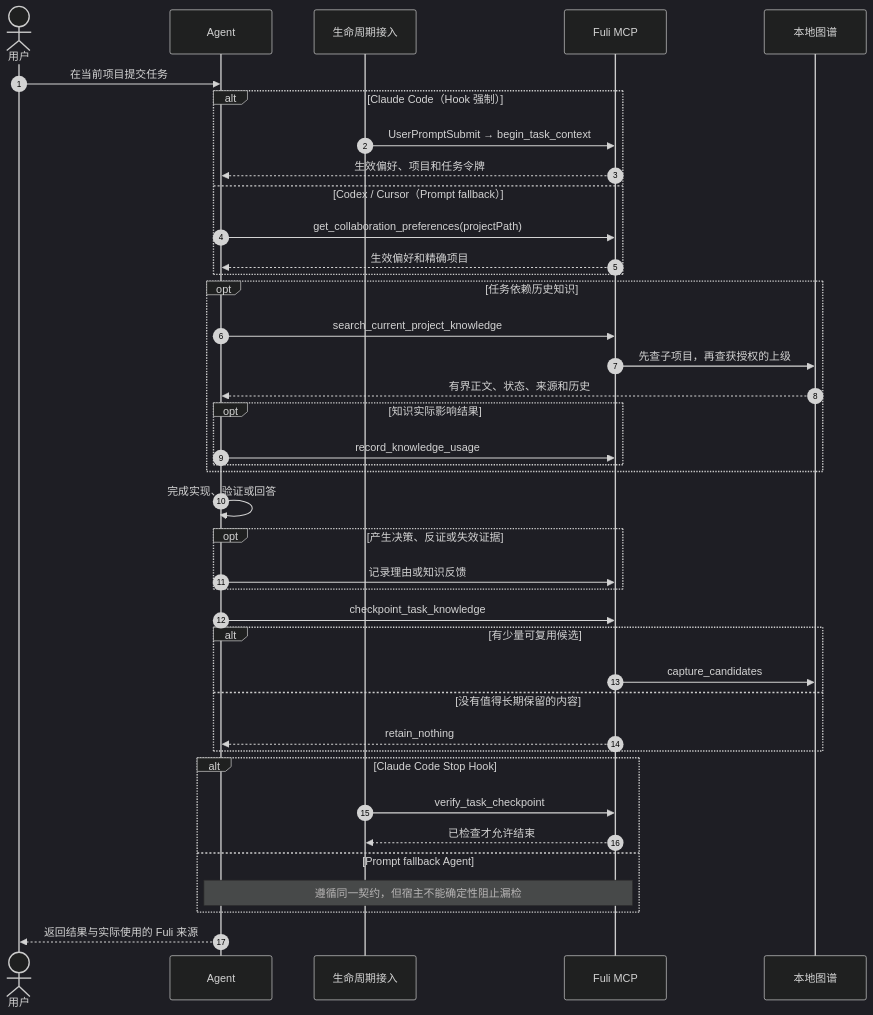
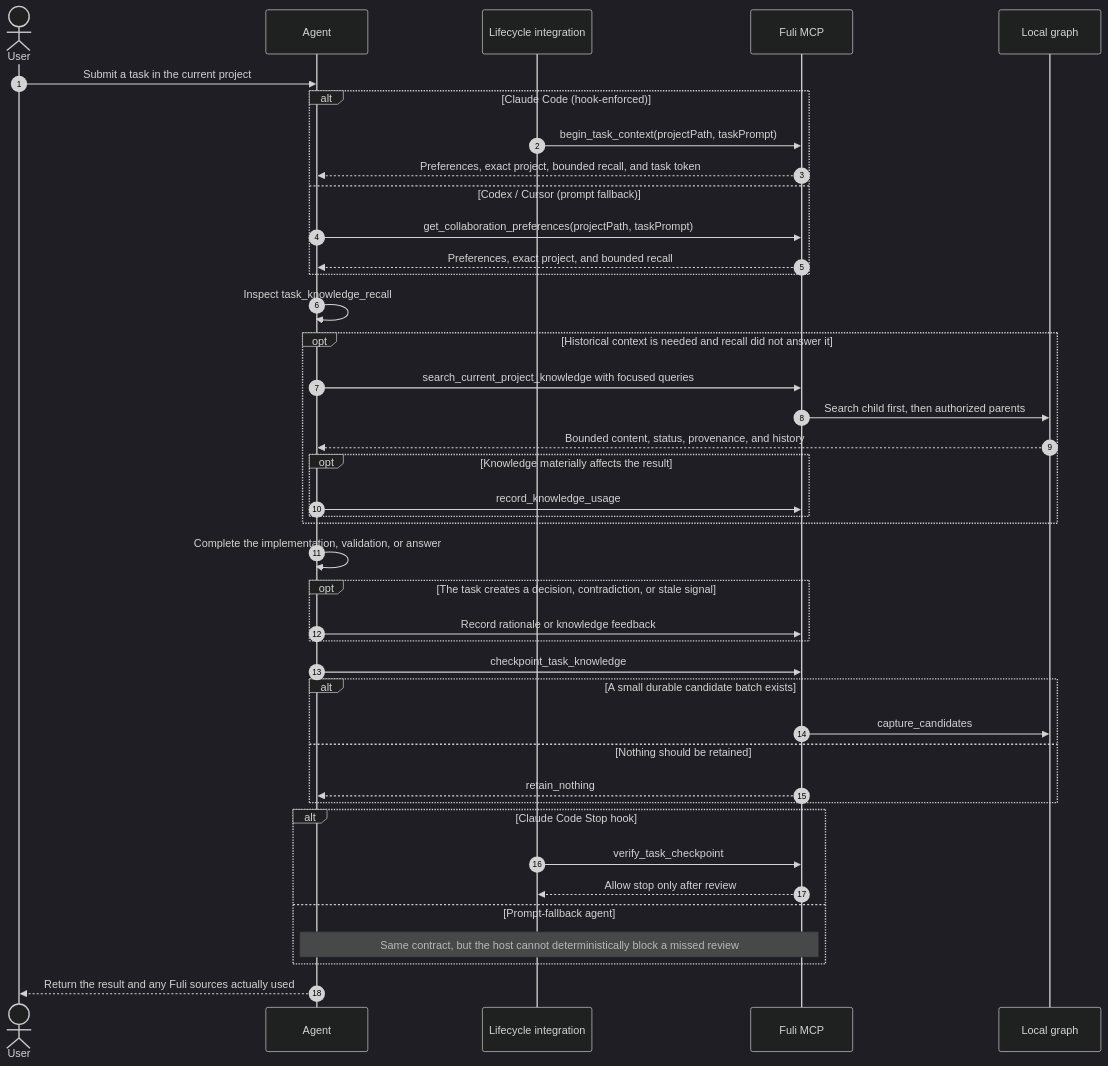
One commit to JevonsCode/fuli changed the diagram in README.md. Above: the diagram before and after it, drawn with Mermaid (dark theme). The commit also changed other lines of this file and 323 other files, not shown here.

````diff
--- a/README.md
+++ b/README.md
@@ -85,46 +119,47 @@
 ```mermaid
 sequenceDiagram
     autonumber
-    actor U as 用户
+    actor U as User
     participant A as Agent
-    participant L as 生命周期接入
+    participant L as Lifecycle integration
     participant F as Fuli MCP
-    participant G as 本地图谱
+    participant G as Local graph
 
-    U->>A: 在当前项目提交任务
-    alt Claude Code（Hook 强制）
-        L->>F: UserPromptSubmit → begin_task_context
-        F-->>A: 生效偏好、项目和任务令牌
-    else Codex / Cursor（Prompt fallback）
-        A->>F: get_collaboration_preferences(projectPath)
-        F-->>A: 生效偏好和精确项目
+    U->>A: Submit a task in the current project
+    alt Claude Code (hook-enforced)
+        L->>F: begin_task_context(projectPath, taskPrompt)
+        F-->>A: Preferences, exact project, bounded recall, and task token
+    else Codex / Cursor (prompt fallback)
+        A->>F: get_collaboration_preferences(projectPath, taskPrompt)
+        F-->>A: Preferences, exact project, and bounded recall
     end
 
-    opt 任务依赖历史知识
-        A->>F: search_current_project_knowledge
-        F->>G: 先查子项目，再查获授权的上级
-        G-->>A: 有界正文、状态、来源和历史
-        opt 知识实际影响结果
+    A->>A: Inspect task_knowledge_recall
+    opt Historical context is needed and recall did not answer it
+        A->>F: search_current_project_knowledge with focused queries
+        F->>G: Search child first, then authorized parents
+        G-->>A: Bounded content, status, provenance, and history
+        opt Knowledge materially affects the result
             A->>F: record_knowledge_usage
         end
     end
 
-    A->>A: 完成实现、验证或回答
-    opt 产生决策、反证或失效证据
-        A->>F: 记录理由或知识反馈
+    A->>A: Complete the implementation, validation, or answer
+    opt The task creates a decision, contradiction, or stale signal
+        A->>F: Record rationale or knowledge feedback
     end
     A->>F: checkpoint_task_knowledge
-    alt 有少量可复用候选
+    alt A small durable candidate batch exists
         F->>G: capture_candidates
-    else 没有值得长期保留的内容
+    else Nothing should be retained
         F-->>A: retain_nothing
     end
 
-    alt Claude Code Stop Hook
+    alt Claude Code Stop hook
         L->>F: verify_task_checkpoint
-        F-->>L: 已检查才允许结束
-    else Prompt fallback Agent
-        Note over A,F: 遵循同一契约，但宿主不能确定性阻止漏检
+        F-->>L: Allow stop only after review
+    else Prompt-fallback agent
+        Note over A,F: Same contract, but the host cannot deterministically block a missed review
     end
-    A-->>U: 返回结果与实际使用的 Fuli 来源
+    A-->>U: Return the result and any Fuli sources actually used
 ```
````
